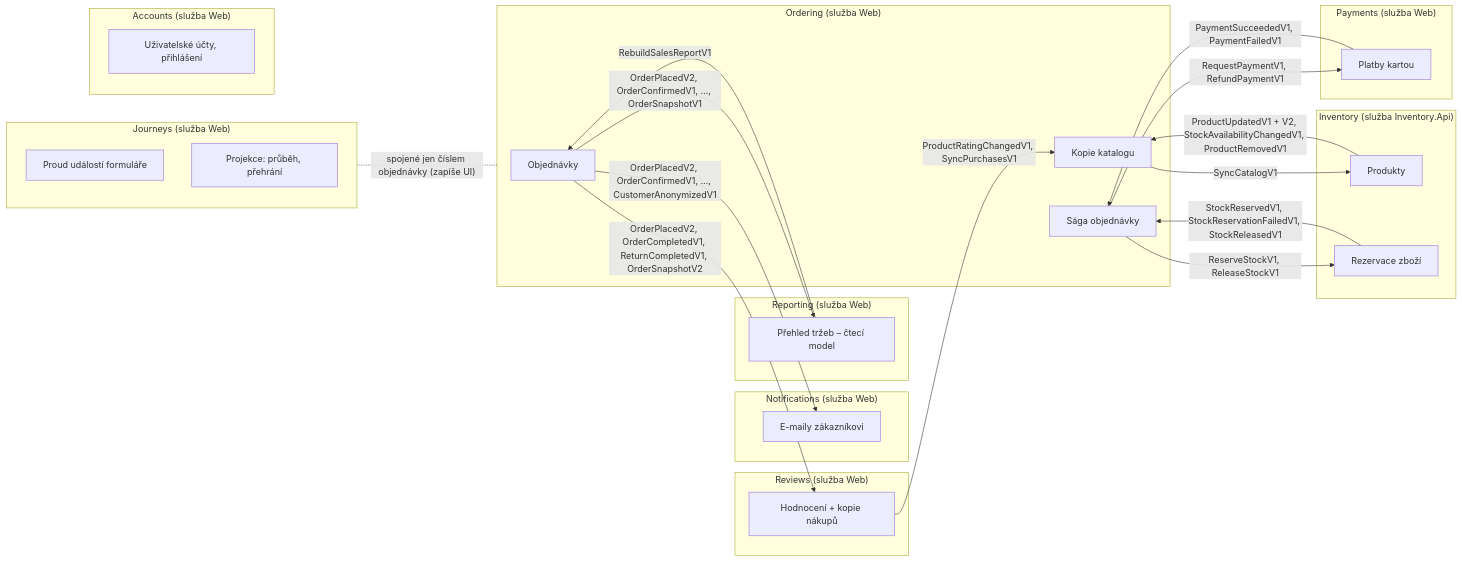
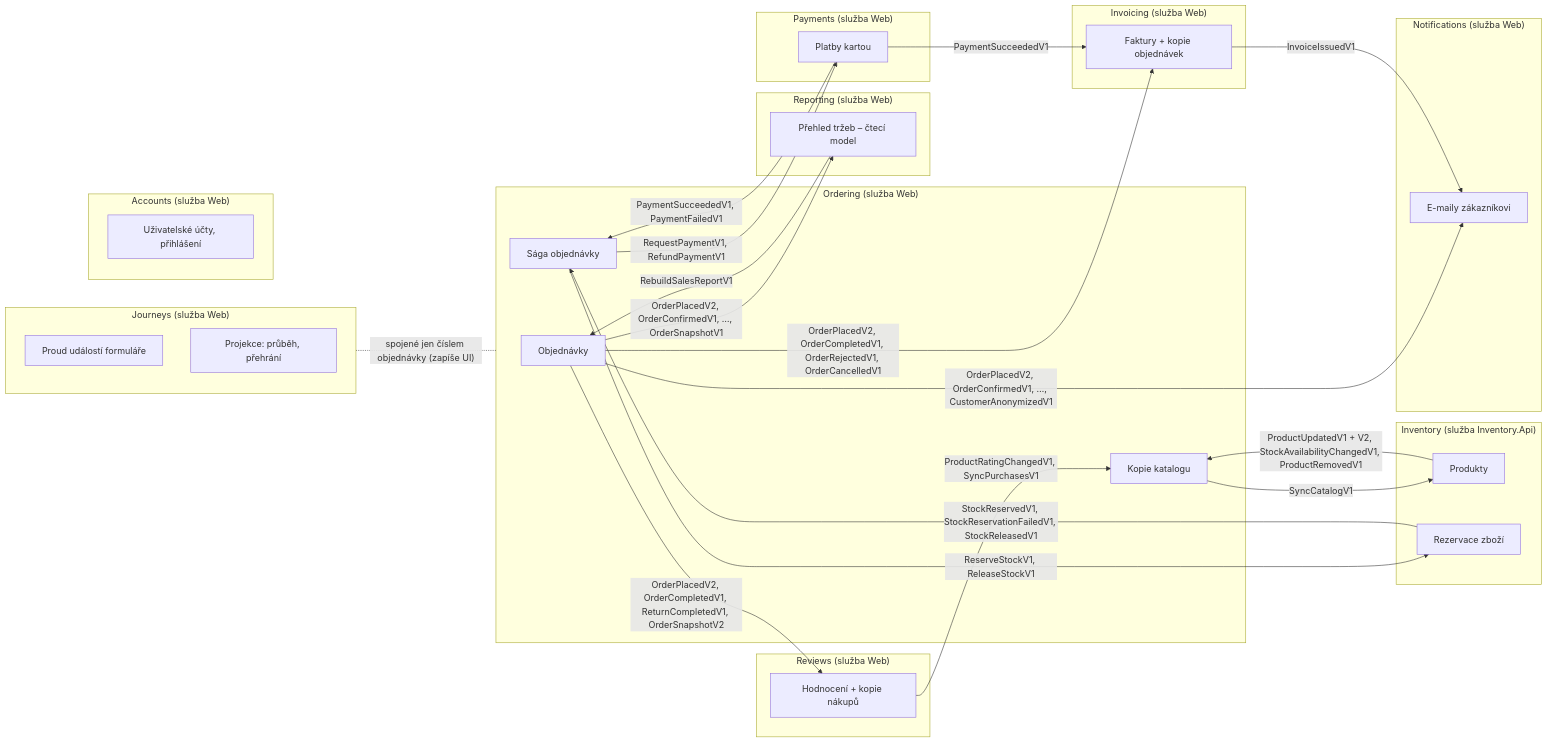
One commit to ftichy/MiniShop changed the diagram in docs/prirucka/architektura/moduly/index.md. Above: the diagram before and after it, drawn with Mermaid. The commit also changed other lines of this file and 54 other files, not shown here.

First line of the commit message:
ESHOP STEP15: faktury PDF (modul Invoicing)

````diff
--- a/docs/prirucka/architektura/moduly/index.md
+++ b/docs/prirucka/architektura/moduly/index.md
@@ -12,58 +12,65 @@
 ```mermaid
 flowchart LR
     subgraph ord["Ordering (služba Web)"]
         o1[Objednávky]
         o2[Sága objednávky]
         o3[Kopie katalogu]
     end
     subgraph inv["Inventory (služba Inventory.Api)"]
         i1[Produkty]
         i2[Rezervace zboží]
     end
     subgraph jou["Journeys (služba Web)"]
         j1[Proud událostí formuláře]
         j2[Projekce: průběh, přehrání]
     end
 
     o2 -->|"ReserveStockV1, ReleaseStockV1"| i2
     i2 -->|"StockReservedV1, StockReservationFailedV1, StockReleasedV1"| o2
     i1 -->|"ProductUpdatedV1 + V2, StockAvailabilityChangedV1, ProductRemovedV1"| o3
     o3 -->|SyncCatalogV1| i1
     subgraph acc["Accounts (služba Web)"]
         a1[Uživatelské účty, přihlášení]
     end
     subgraph ntf["Notifications (služba Web)"]
         n1[E-maily zákazníkovi]
     end
     subgraph pay["Payments (služba Web)"]
         p1[Platby kartou]
     end
     o2 -->|"RequestPaymentV1, RefundPaymentV1"| p1
     p1 -->|"PaymentSucceededV1, PaymentFailedV1"| o2
     o1 -->|"OrderPlacedV2, OrderConfirmedV1, …, CustomerAnonymizedV1"| n1
     subgraph rep["Reporting (služba Web)"]
         r1[Přehled tržeb – čtecí model]
     end
     o1 -->|"OrderPlacedV2, OrderConfirmedV1, …, OrderSnapshotV1"| r1
     r1 -->|RebuildSalesReportV1| o1
     subgraph rev["Reviews (služba Web)"]
         v1[Hodnocení + kopie nákupů]
     end
     o1 -->|"OrderPlacedV2, OrderCompletedV1, ReturnCompletedV1, OrderSnapshotV2"| v1
     v1 -->|"ProductRatingChangedV1, SyncPurchasesV1"| o3
+    subgraph fak["Invoicing (služba Web)"]
+        f1[Faktury + kopie objednávek]
+    end
+    o1 -->|"OrderPlacedV2, OrderCompletedV1, OrderRejectedV1, OrderCancelledV1"| f1
+    p1 -->|PaymentSucceededV1| f1
+    f1 -->|InvoiceIssuedV1| n1
 
     jou -.-|"spojené jen číslem objednávky (zapíše UI)"| ord
 
     click o2 "/Docs/eda/saga"
     click o3 "/Docs/eda/kopie-katalogu"
     click j1 "/Docs/eda/proud-udalosti"
     click o1 "/Docs/architektura/moduly/ordering"
     click i1 "/Docs/architektura/moduly/inventory"
     click i2 "/Docs/architektura/moduly/inventory"
     click j2 "/Docs/architektura/moduly/journeys"
     click a1 "/Docs/architektura/moduly/accounts"
     click n1 "/Docs/architektura/moduly/notifications"
     click p1 "/Docs/architektura/moduly/payments"
     click r1 "/Docs/architektura/moduly/reporting"
     click v1 "/Docs/architektura/moduly/reviews"
+    click f1 "/Docs/architektura/moduly/invoicing"
 ```
````
